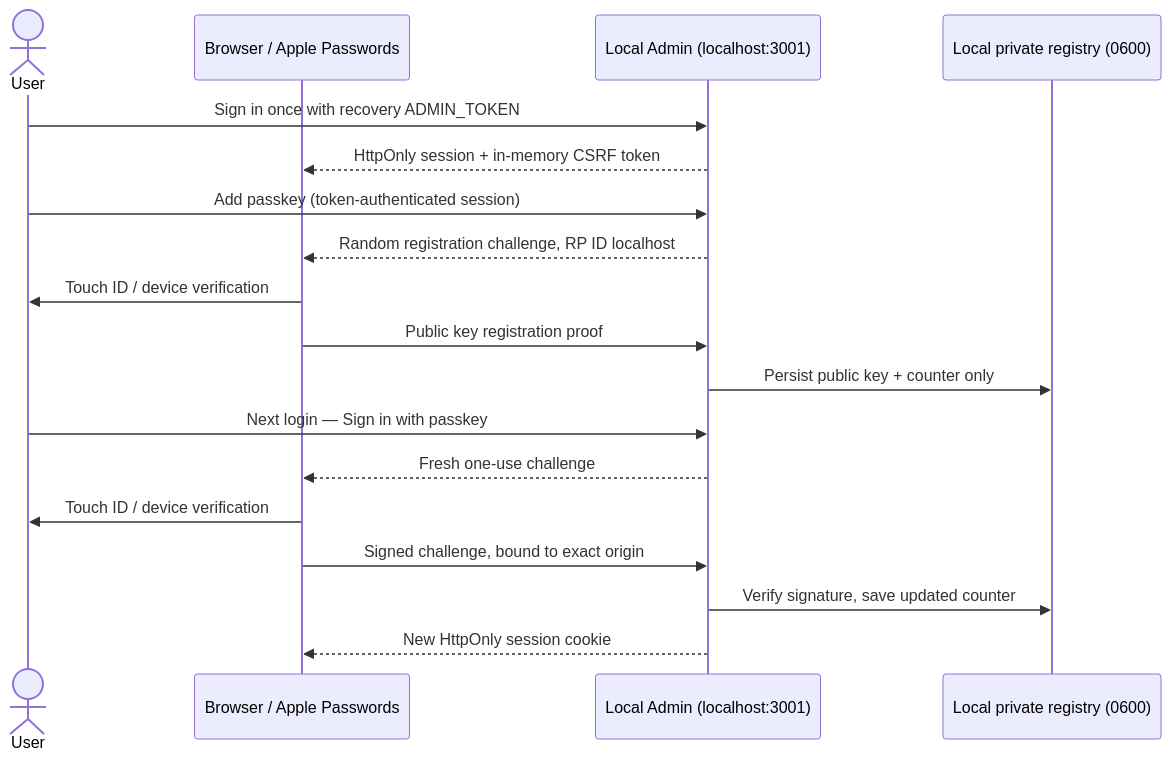
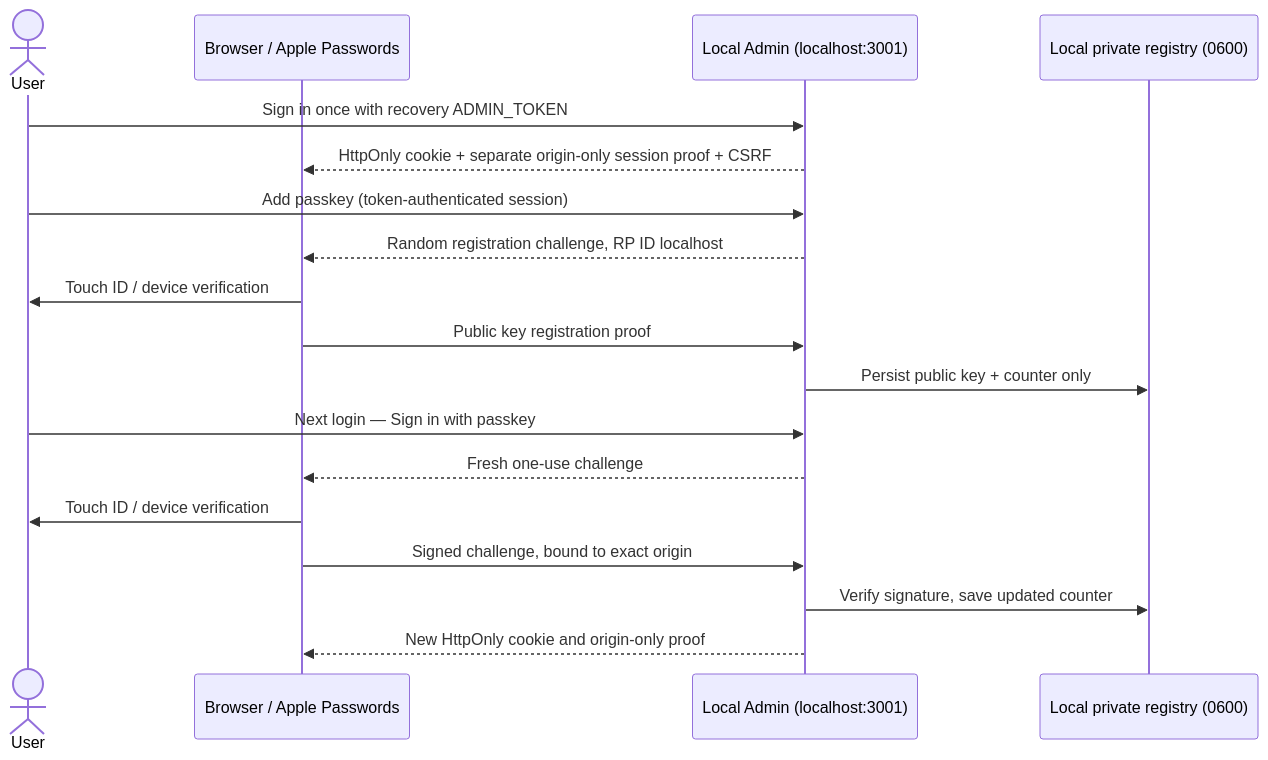
One commit to darizae/local-chatgpt-plus changed the diagram in docs/ADMIN_PASSKEYS.md. Above: the diagram before and after it, drawn with Mermaid. The commit also changed other lines of this file and 8 other files, not shown here.

Commit message:
security(admin): isolate localhost sessions by origin and lock WebAuthn registry

````diff
--- a/docs/ADMIN_PASSKEYS.md
+++ b/docs/ADMIN_PASSKEYS.md
@@ -21,20 +21,20 @@
 ```mermaid
 sequenceDiagram
     actor User
     participant Safari as Browser / Apple Passwords
     participant Admin as Local Admin (localhost:3001)
     participant Store as Local private registry (0600)
     User->>Admin: Sign in once with recovery ADMIN_TOKEN
-    Admin-->>Safari: HttpOnly session + in-memory CSRF token
+    Admin-->>Safari: HttpOnly cookie + separate origin-only session proof + CSRF
     User->>Admin: Add passkey (token-authenticated session)
     Admin-->>Safari: Random registration challenge, RP ID localhost
     Safari->>User: Touch ID / device verification
     Safari->>Admin: Public key registration proof
     Admin->>Store: Persist public key + counter only
     User->>Admin: Next login — Sign in with passkey
     Admin-->>Safari: Fresh one-use challenge
     Safari->>User: Touch ID / device verification
     Safari->>Admin: Signed challenge, bound to exact origin
     Admin->>Store: Verify signature, save updated counter
-    Admin-->>Safari: New HttpOnly session cookie
+    Admin-->>Safari: New HttpOnly cookie and origin-only proof
 ```
````
